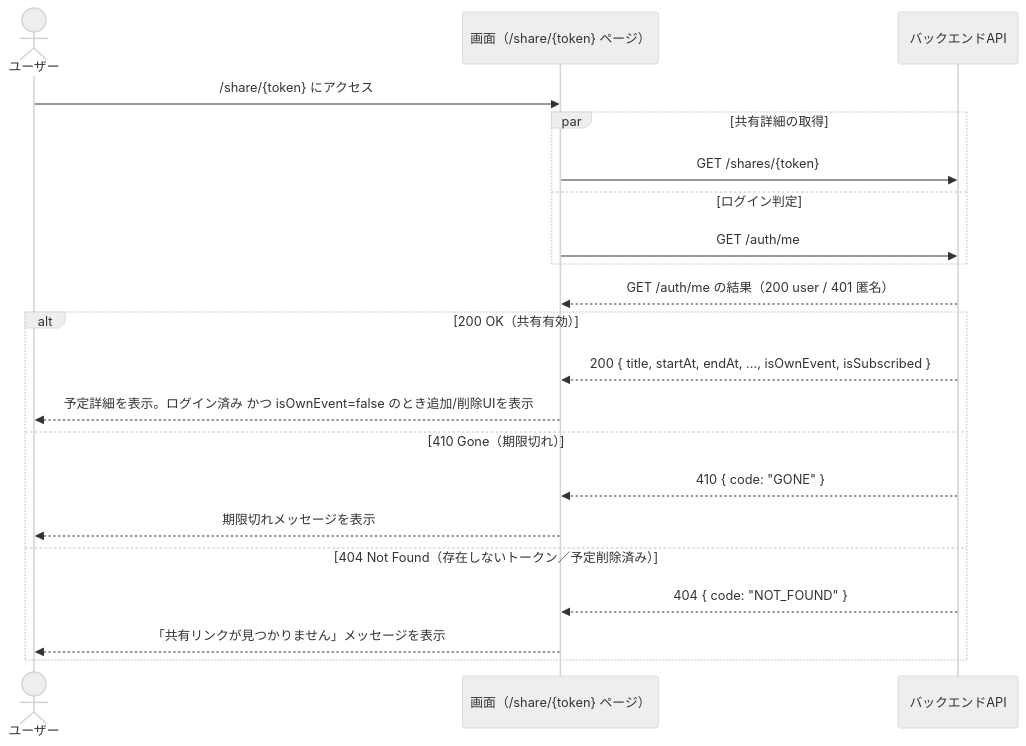
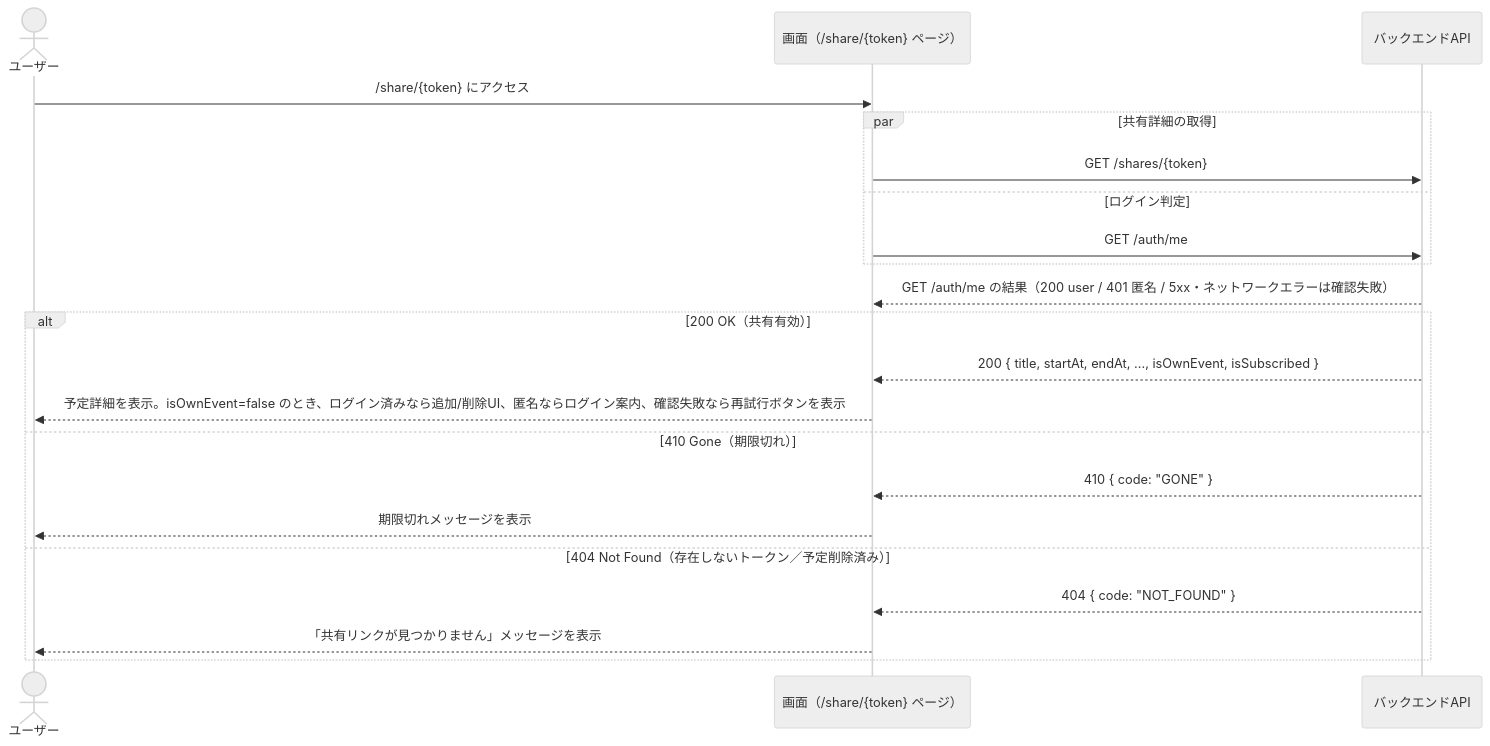
Before and after one commit to Haya372/ai-trial: the second of 6 diagrams in docs/spec/SPEC-004-event-sharing.md, drawn with Mermaid (neutral theme). The commit also changed other lines of this file, not shown here.

Commit message:
docs: Specify share page states for anonymous and auth errors
SPEC-004 had no display for viewers who are not logged in or whose
login check fails, so both silently showed nothing.

````diff
--- a/docs/spec/SPEC-004-event-sharing.md
+++ b/docs/spec/SPEC-004-event-sharing.md
@@ -270,24 +272,24 @@
 ```mermaid
 sequenceDiagram
     actor User as ユーザー
     participant UI as 画面（/share/{token} ページ）
     participant API as バックエンドAPI
 
     User->>UI: /share/{token} にアクセス
     par 共有詳細の取得
         UI->>API: GET /shares/{token}
     and ログイン判定
         UI->>API: GET /auth/me
     end
-    API-->>UI: GET /auth/me の結果（200 user / 401 匿名）
+    API-->>UI: GET /auth/me の結果（200 user / 401 匿名 / 5xx・ネットワークエラーは確認失敗）
     alt 200 OK（共有有効）
         API-->>UI: 200 { title, startAt, endAt, ..., isOwnEvent, isSubscribed }
-        UI-->>User: 予定詳細を表示。ログイン済み かつ isOwnEvent=false のとき追加/削除UIを表示
+        UI-->>User: 予定詳細を表示。isOwnEvent=false のとき、ログイン済みなら追加/削除UI、匿名ならログイン案内、確認失敗なら再試行ボタンを表示
     else 410 Gone（期限切れ）
         API-->>UI: 410 { code: "GONE" }
         UI-->>User: 期限切れメッセージを表示
     else 404 Not Found（存在しないトークン／予定削除済み）
         API-->>UI: 404 { code: "NOT_FOUND" }
         UI-->>User: 「共有リンクが見つかりません」メッセージを表示
     end
 ```
````
